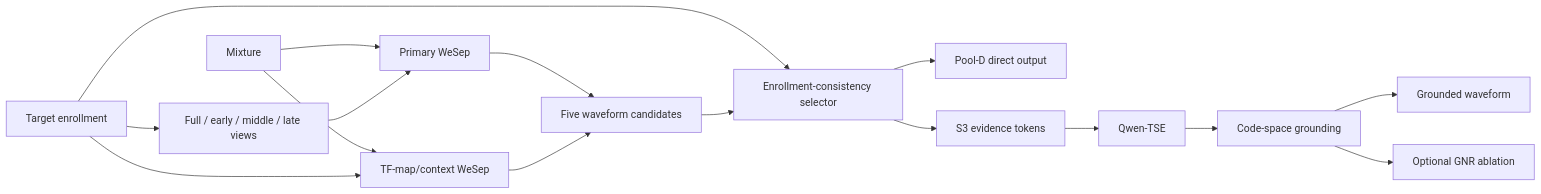
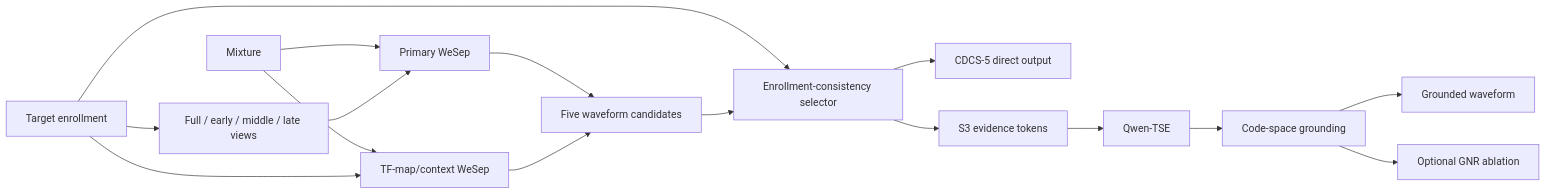
One commit to Hanyu-Meng/LLM-TSE-Grounding changed the diagram in README.md. Above: the diagram before and after it, drawn with Mermaid. The commit also changed other lines of this file and 69 other files, not shown here.

````diff
--- a/README.md
+++ b/README.md
@@ -22,18 +24,18 @@
 ```mermaid
 flowchart LR
     M[Mixture] --> W1[Primary WeSep]
     M --> W2[TF-map/context WeSep]
     E[Target enrollment] --> V[Full / early / middle / late views]
     V --> W1
     E --> W2
     W1 --> C[Five waveform candidates]
     W2 --> C
     E --> S[Enrollment-consistency selector]
     C --> S
-    S --> D[Pool-D direct output]
+    S --> D[CDCS-5 direct output]
     S --> Z[S3 evidence tokens]
     Z --> Q[Qwen-TSE]
     Q --> G[Code-space grounding]
     G --> A[Grounded waveform]
     G --> R[Optional GNR ablation]
 ```
````
